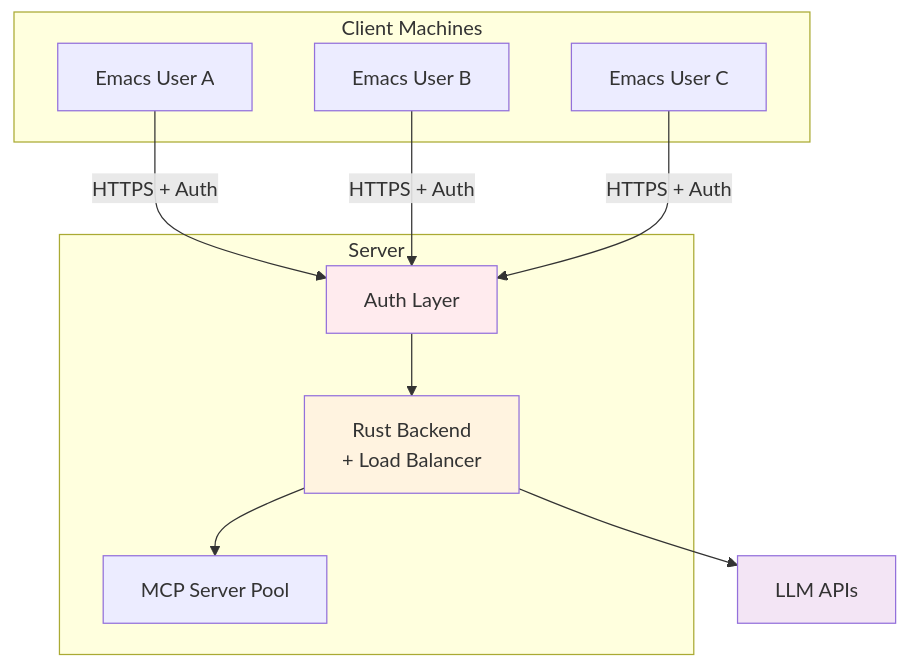
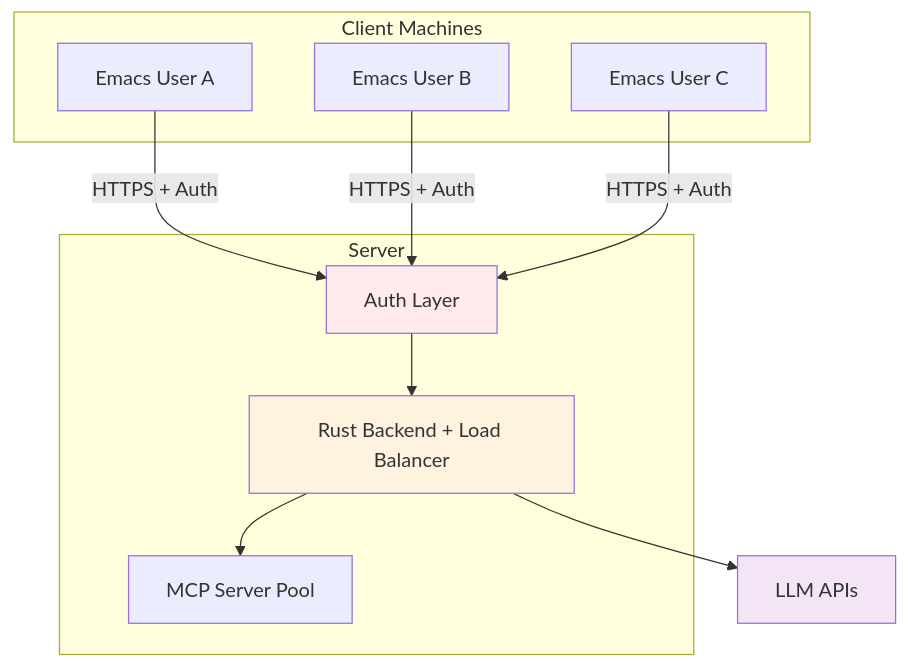
One commit to softwarewrighter/emacs-agent changed the fifth of 7 diagrams in wiki/Architecture-Overview.md. Above: the diagram before and after it, drawn with Mermaid. The commit also changed other lines of this file and 7 other files, not shown here.

First line of the commit message:
Fix wiki Mermaid diagrams: remove <br/> tags

````diff
--- a/wiki/Architecture-Overview.md
+++ b/wiki/Architecture-Overview.md
@@ -276,26 +276,26 @@
 ```mermaid
 graph TB
     subgraph "Client Machines"
         E1[Emacs User A]
         E2[Emacs User B]
         E3[Emacs User C]
     end
 
     subgraph "Server"
         AUTH[Auth Layer]
-        BACKEND[Rust Backend<br/>+ Load Balancer]
+        BACKEND[Rust Backend + Load Balancer]
         MCP_POOL[MCP Server Pool]
     end
 
     E1 -->|HTTPS + Auth| AUTH
     E2 -->|HTTPS + Auth| AUTH
     E3 -->|HTTPS + Auth| AUTH
 
     AUTH --> BACKEND
     BACKEND --> MCP_POOL
     BACKEND --> LLM[LLM APIs]
 
     style AUTH fill:#ffebee
     style BACKEND fill:#fff3e0
     style LLM fill:#f3e5f5
 ```
````
